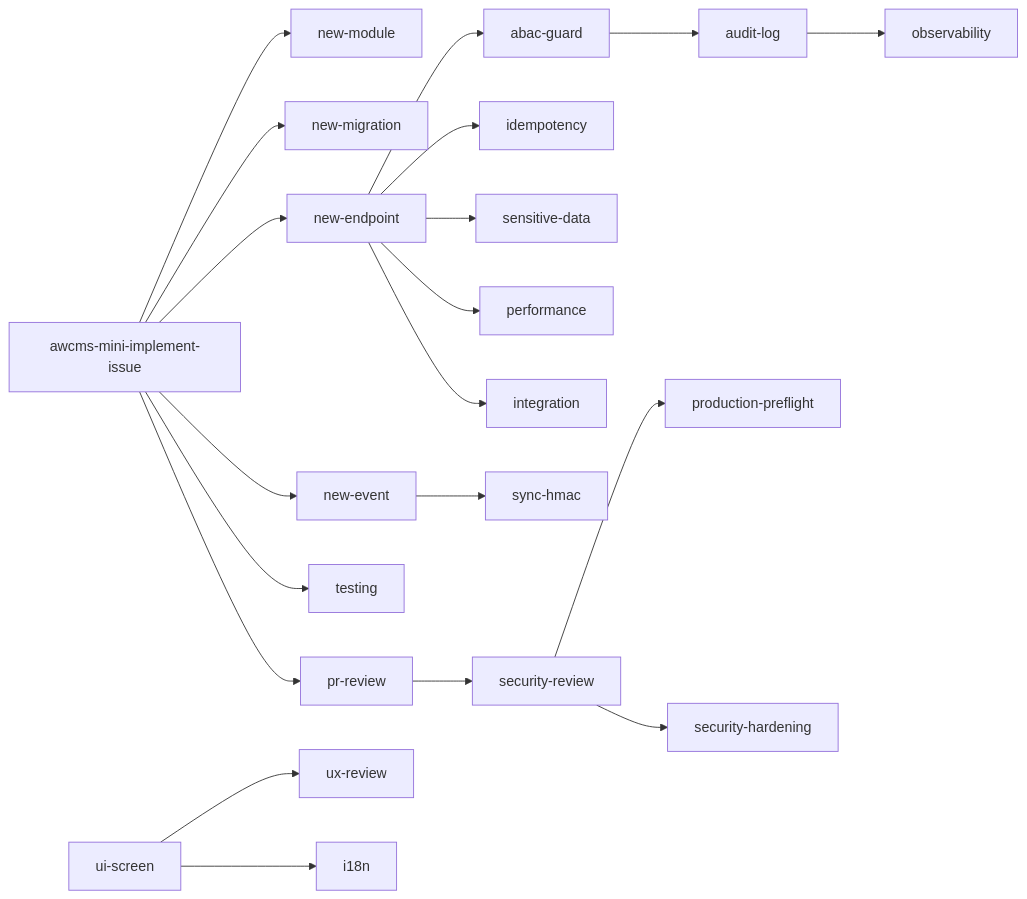
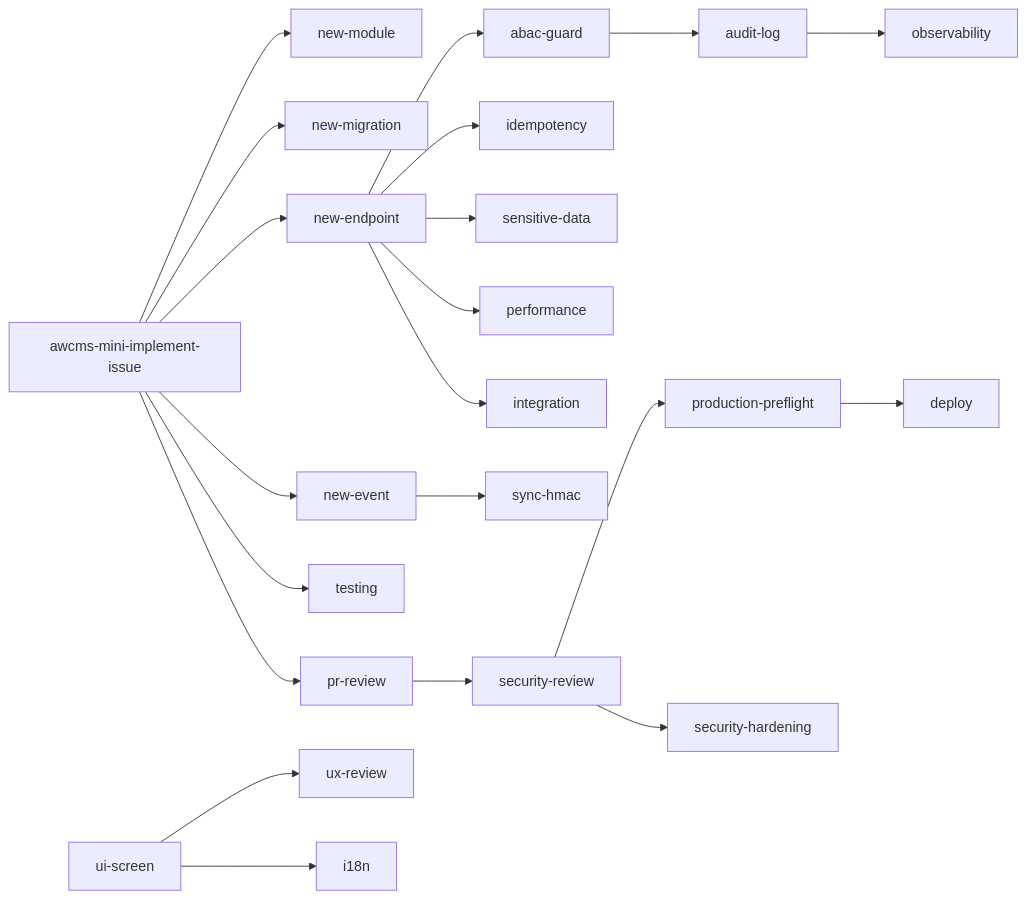
Before and after one commit to ahliweb/awcms-mini: the third of 5 diagrams in AGENTS.md, drawn with Mermaid. The commit also changed other lines of this file and 7 other files, not shown here.

````diff
--- a/AGENTS.md
+++ b/AGENTS.md
@@ -125,20 +132,21 @@
 ```mermaid
 flowchart LR
   II[awcms-mini-implement-issue] --> NM[new-module]
   II --> MIG[new-migration]
   II --> EP[new-endpoint]
   II --> EV[new-event]
   II --> TST[testing]
   EP --> ABAC[abac-guard]
   EP --> IDEM[idempotency]
   ABAC --> AUD[audit-log]
   AUD --> OBS[observability]
   EP --> SD[sensitive-data]
   EV --> SYNC[sync-hmac]
   II --> PR[pr-review] --> SEC[security-review] --> PF[production-preflight]
+  PF --> DEP[deploy]
   UI2[ui-screen] --> UXR[ux-review]
   UI2 --> I18N[i18n]
   EP --> PERF[performance]
   EP --> INT[integration]
   SEC --> HARD[security-hardening]
 ```
````
